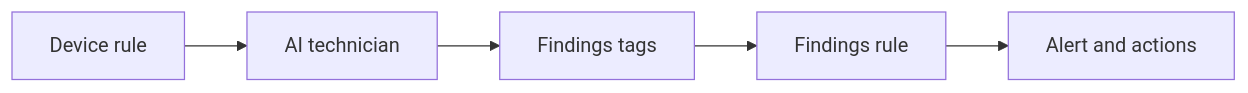
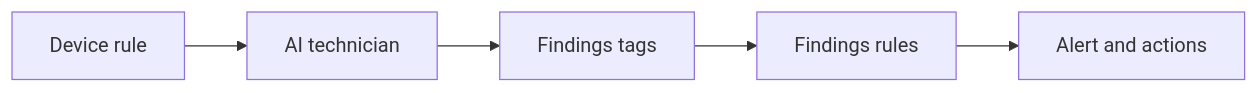
One commit to Prohelion/prohelion.github.io changed the diagram in docs/Software/Profinity/Profinity_AI/AI_Technicians/How_AI_Technicians_Work.md. Above: the diagram before and after it, drawn with Mermaid. The commit also changed other lines of this file and 13 other files, not shown here.

Commit message:
Document on-update findings delivery and related-tag aliases so the user pages match the shipped rules.

````diff
--- a/docs/Software/Profinity/Profinity_AI/AI_Technicians/How_AI_Technicians_Work.md
+++ b/docs/Software/Profinity/Profinity_AI/AI_Technicians/How_AI_Technicians_Work.md
@@ -32,7 +32,7 @@
 ```mermaid
 flowchart LR
     Device["Device rule"] --> Technician["AI technician"]
     Technician --> Findings["Findings tags"]
-    Findings --> Rule["Findings rule"]
+    Findings --> Rule["Findings rules"]
     Rule --> Alert["Alert and actions"]
 ```
````
